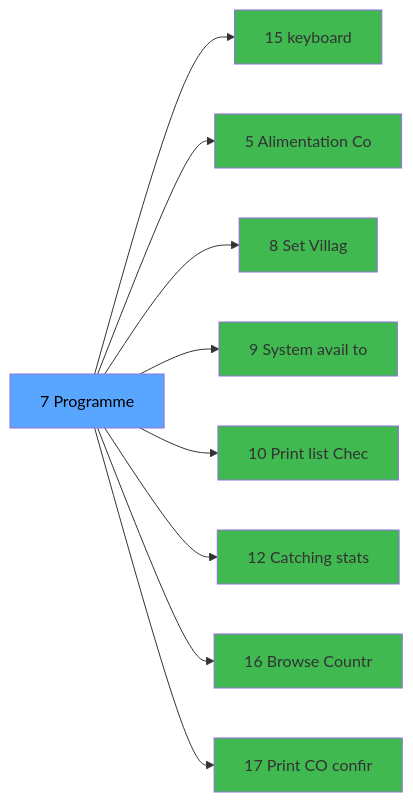
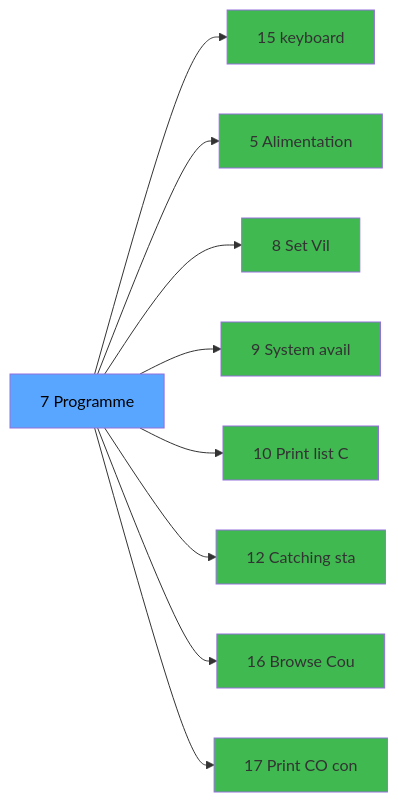
Before and after one commit to thonyAGP/magic-migration: the third of 3 diagrams in .openspec/specs/ADH-IDE-7.md, drawn with Mermaid. The commit also changed other lines of this file and 323 other files, not shown here.

````diff
--- a/.openspec/specs/ADH-IDE-7.md
+++ b/.openspec/specs/ADH-IDE-7.md
@@ -135,29 +145,29 @@
 ```mermaid
 graph LR
     T[7 Programme]
     C15[15 keyboard]
     T --> C15
-    C5[5 Alimentation Co]
+    C5[5 Alimentation]
     T --> C5
-    C8[8      Set Villag]
+    C8[8      Set Vil]
     T --> C8
-    C9[9 System avail to]
+    C9[9 System avail]
     T --> C9
-    C10[10 Print list Chec]
+    C10[10 Print list C]
     T --> C10
-    C12[12 Catching stats]
+    C12[12 Catching sta]
     T --> C12
-    C16[16 Browse   Countr]
+    C16[16 Browse   Cou]
     T --> C16
-    C17[17 Print CO confir]
+    C17[17 Print CO con]
     T --> C17
     style T fill:#58a6ff,color:#000
     style C15 fill:#3fb950
     style C5 fill:#3fb950
     style C8 fill:#3fb950
     style C9 fill:#3fb950
     style C10 fill:#3fb950
     style C12 fill:#3fb950
     style C16 fill:#3fb950
     style C17 fill:#3fb950
 ```
````
